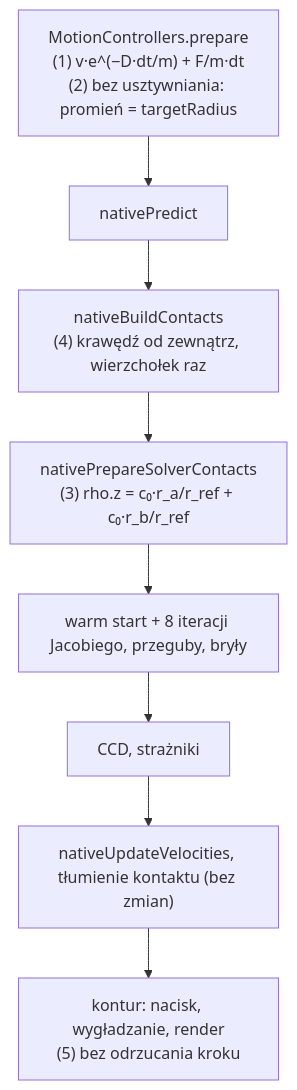
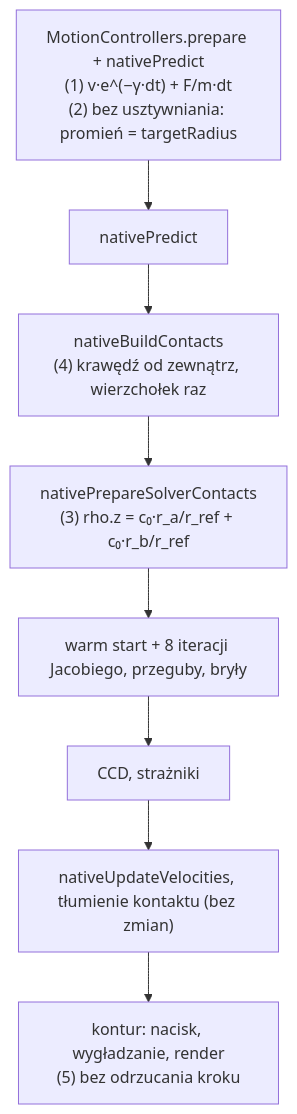
One commit to MariuszAdamowicz/BubblePhysics changed the third of 3 diagrams in docs/sdlc/changes/2026-11-20-engine-3-0-0/change-design.md. Above: the diagram before and after it, drawn with Mermaid. The commit also changed other lines of this file, not shown here.

First line of the commit message:
docs(change-design): jedno tłumienie ruchu, bez tłumienia gumki (CD-D-8)

````diff
--- a/docs/sdlc/changes/2026-11-20-engine-3-0-0/change-design.md
+++ b/docs/sdlc/changes/2026-11-20-engine-3-0-0/change-design.md
@@ -136,10 +139,10 @@
 ```mermaid
 flowchart TD
-  prep["MotionControllers.prepare<br/>(1) v·e^(−D·dt/m) + F/m·dt<br/>(2) bez usztywniania: promień = targetRadius"] --> predict["nativePredict"]
+  prep["MotionControllers.prepare + nativePredict<br/>(1) v·e^(−γ·dt) + F/m·dt<br/>(2) bez usztywniania: promień = targetRadius"] --> predict["nativePredict"]
   predict --> build["nativeBuildContacts<br/>(4) krawędź od zewnątrz, wierzchołek raz"]
   build --> prepc["nativePrepareSolverContacts<br/>(3) rho.z = c₀·r_a/r_ref + c₀·r_b/r_ref"]
   prepc --> solve["warm start + 8 iteracji Jacobiego, przeguby, bryły"]
   solve --> guards["CCD, strażniki"]
   guards --> vel["nativeUpdateVelocities, tłumienie kontaktu (bez zmian)"]
   vel --> contour["kontur: nacisk, wygładzanie, render<br/>(5) bez odrzucania kroku"]
 ```
````
